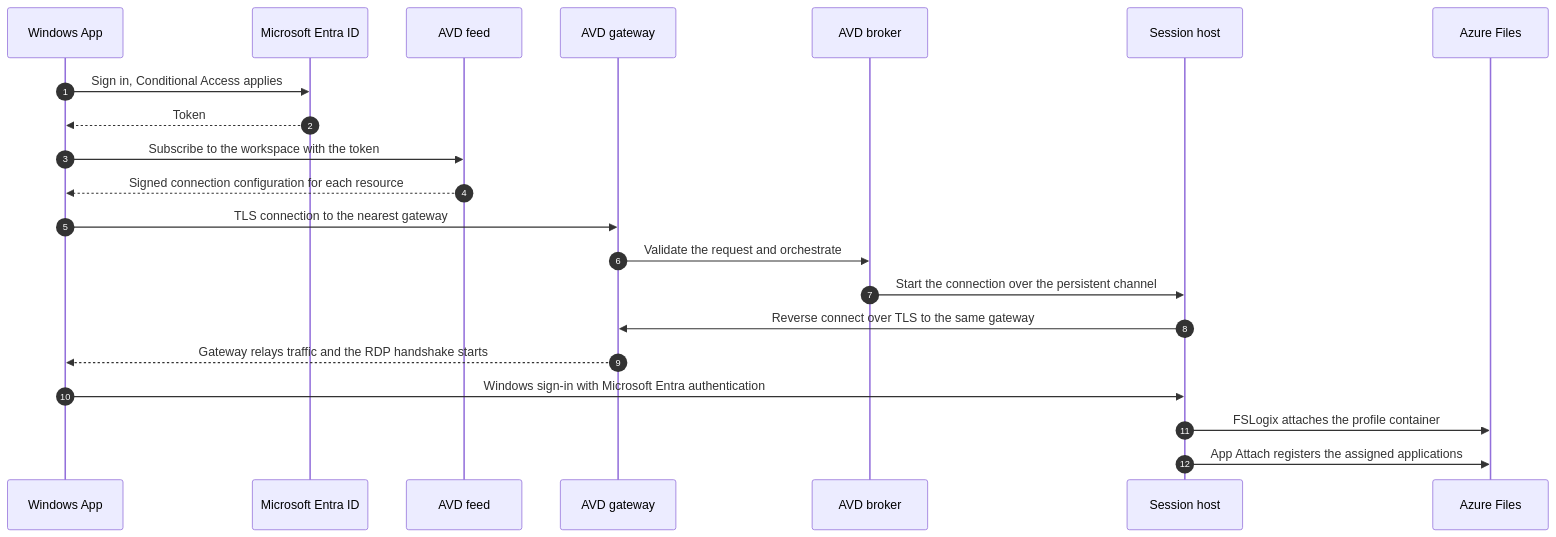
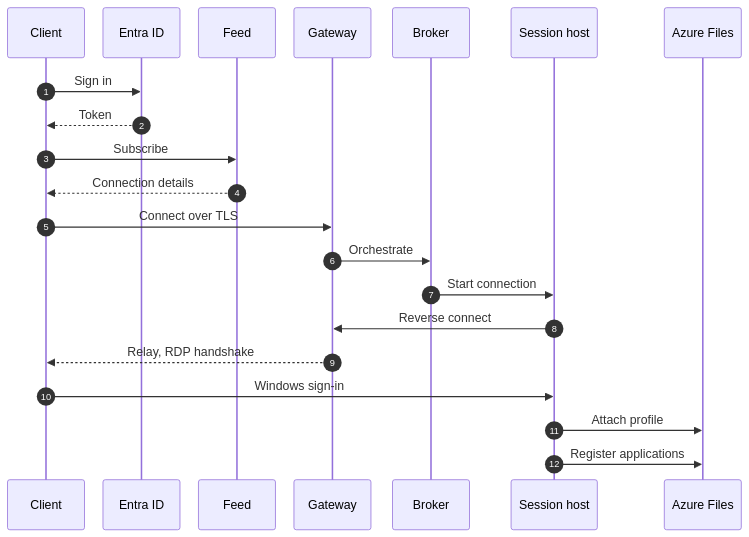
One commit to marckean/AVD-Reference_Architecture changed the first of 4 diagrams in docs/overview/how-it-fits-together.md. Above: the diagram before and after it, drawn with Mermaid. The commit also changed other lines of this file and 21 other files, not shown here.

First line of the commit message:
Add the architecture diagram and make every diagram readable

````diff
--- a/docs/overview/how-it-fits-together.md
+++ b/docs/overview/how-it-fits-together.md
@@ -78,23 +50,30 @@
 ```mermaid
+---
+config:
+  sequence:
+    width: 100
+    actorMargin: 24
+    messageMargin: 30
+---
 sequenceDiagram
     autonumber
-    participant C as Windows App
-    participant E as Microsoft Entra ID
-    participant F as AVD feed
-    participant G as AVD gateway
-    participant B as AVD broker
+    participant C as Client
+    participant E as Entra ID
+    participant F as Feed
+    participant G as Gateway
+    participant B as Broker
     participant H as Session host
     participant S as Azure Files
-    C->>E: Sign in, Conditional Access applies
+    C->>E: Sign in
     E-->>C: Token
-    C->>F: Subscribe to the workspace with the token
-    F-->>C: Signed connection configuration for each resource
-    C->>G: TLS connection to the nearest gateway
-    G->>B: Validate the request and orchestrate
-    B->>H: Start the connection over the persistent channel
-    H->>G: Reverse connect over TLS to the same gateway
-    G-->>C: Gateway relays traffic and the RDP handshake starts
-    C->>H: Windows sign-in with Microsoft Entra authentication
-    H->>S: FSLogix attaches the profile container
-    H->>S: App Attach registers the assigned applications
+    C->>F: Subscribe
+    F-->>C: Connection details
+    C->>G: Connect over TLS
+    G->>B: Orchestrate
+    B->>H: Start connection
+    H->>G: Reverse connect
+    G-->>C: Relay, RDP handshake
+    C->>H: Windows sign-in
+    H->>S: Attach profile
+    H->>S: Register applications
 ```
````
